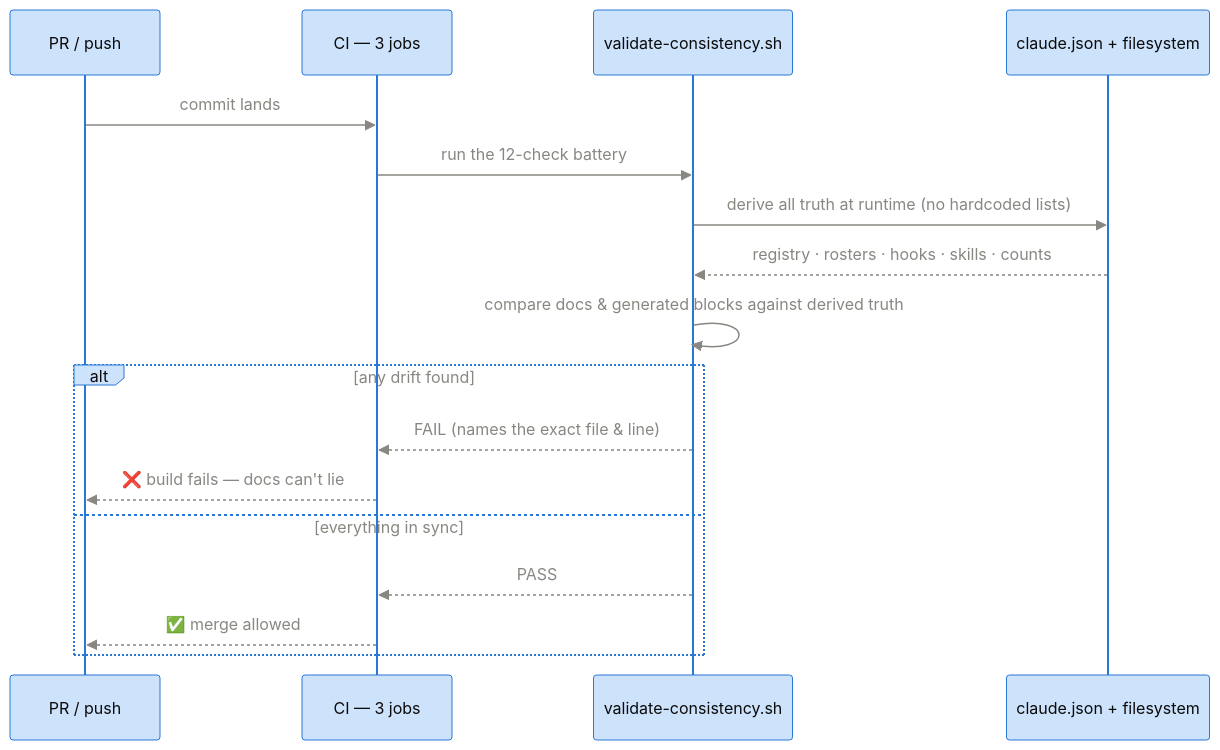
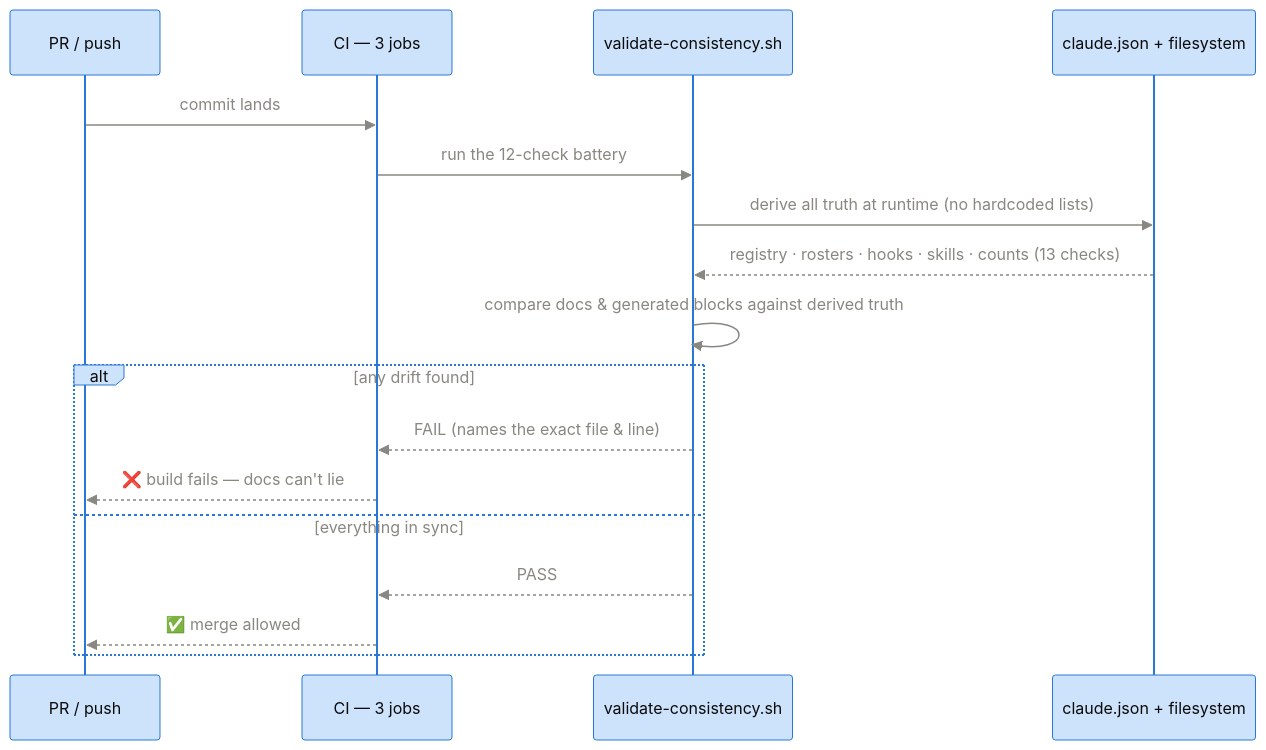
Before and after one commit to tomas-rampas/agentic-framework: the ninth of 9 diagrams in docs/team-presentation.md, drawn with Mermaid. The commit also changed other lines of this file and 10 other files, not shown here.

````diff
--- a/docs/team-presentation.md
+++ b/docs/team-presentation.md
@@ -276,21 +280,21 @@
 ```mermaid
 %%{init: {"theme": "base", "themeVariables": {"background": "transparent", "actorBkg": "#cde2fb", "actorBorder": "#2a78d6", "actorTextColor": "#0b0b0b", "signalColor": "#898781", "signalTextColor": "#898781", "loopTextColor": "#898781", "labelBoxBkgColor": "#cde2fb", "labelBoxBorderColor": "#2a78d6", "labelTextColor": "#0b0b0b", "noteBkgColor": "#fdeec9", "noteBorderColor": "#eda100", "noteTextColor": "#0b0b0b"}}}%%
 sequenceDiagram
     participant PR as PR / push
     participant CI as CI — 3 jobs
     participant V as validate-consistency.sh
     participant SOT as claude.json + filesystem
 
     PR->>CI: commit lands
     CI->>V: run the 12-check battery
     V->>SOT: derive all truth at runtime (no hardcoded lists)
-    SOT-->>V: registry · rosters · hooks · skills · counts
+    SOT-->>V: registry · rosters · hooks · skills · counts (13 checks)
     V->>V: compare docs & generated blocks against derived truth
     alt any drift found
         V-->>CI: FAIL (names the exact file & line)
         CI-->>PR: ❌ build fails — docs can't lie
     else everything in sync
         V-->>CI: PASS
         CI-->>PR: ✅ merge allowed
     end
 ```
````
